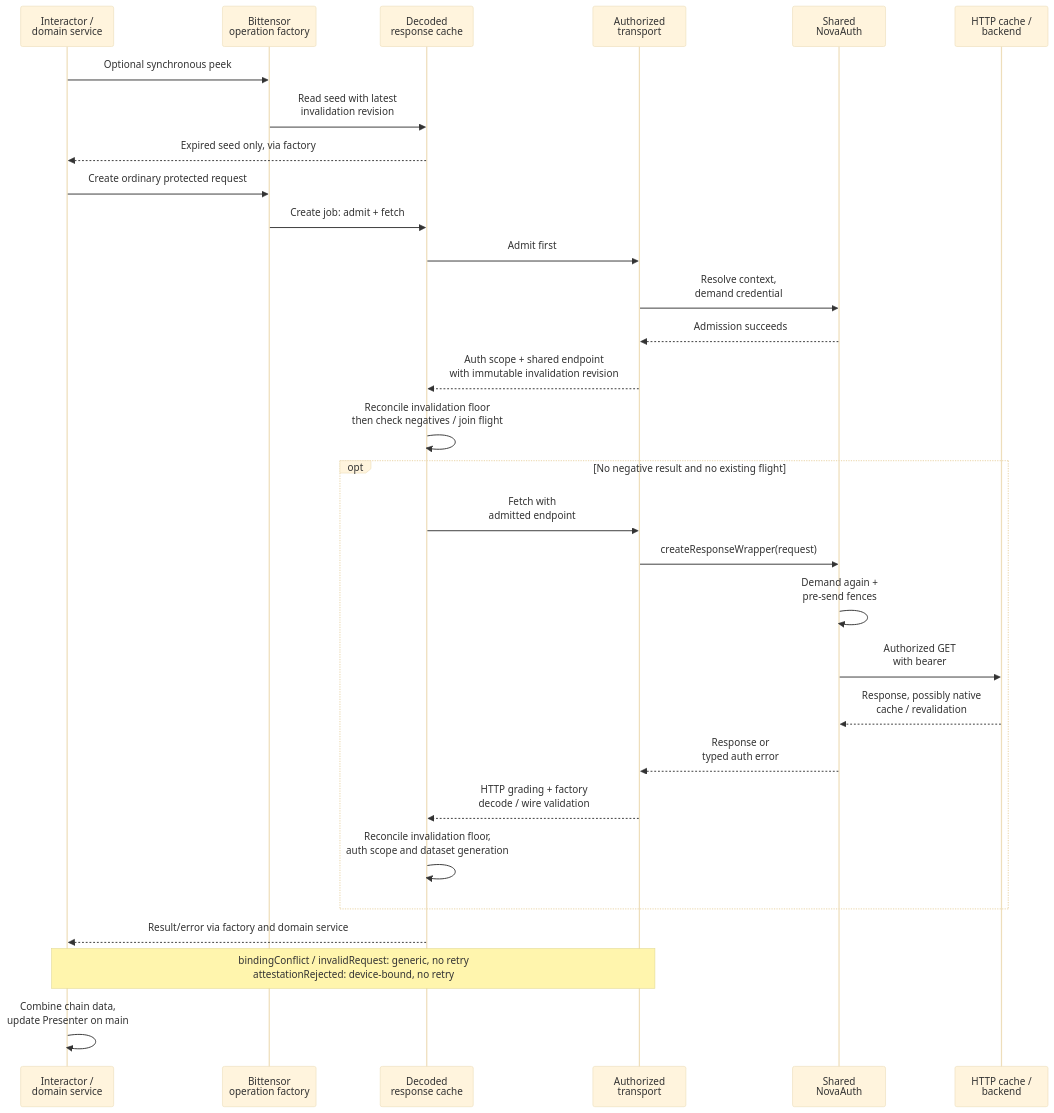
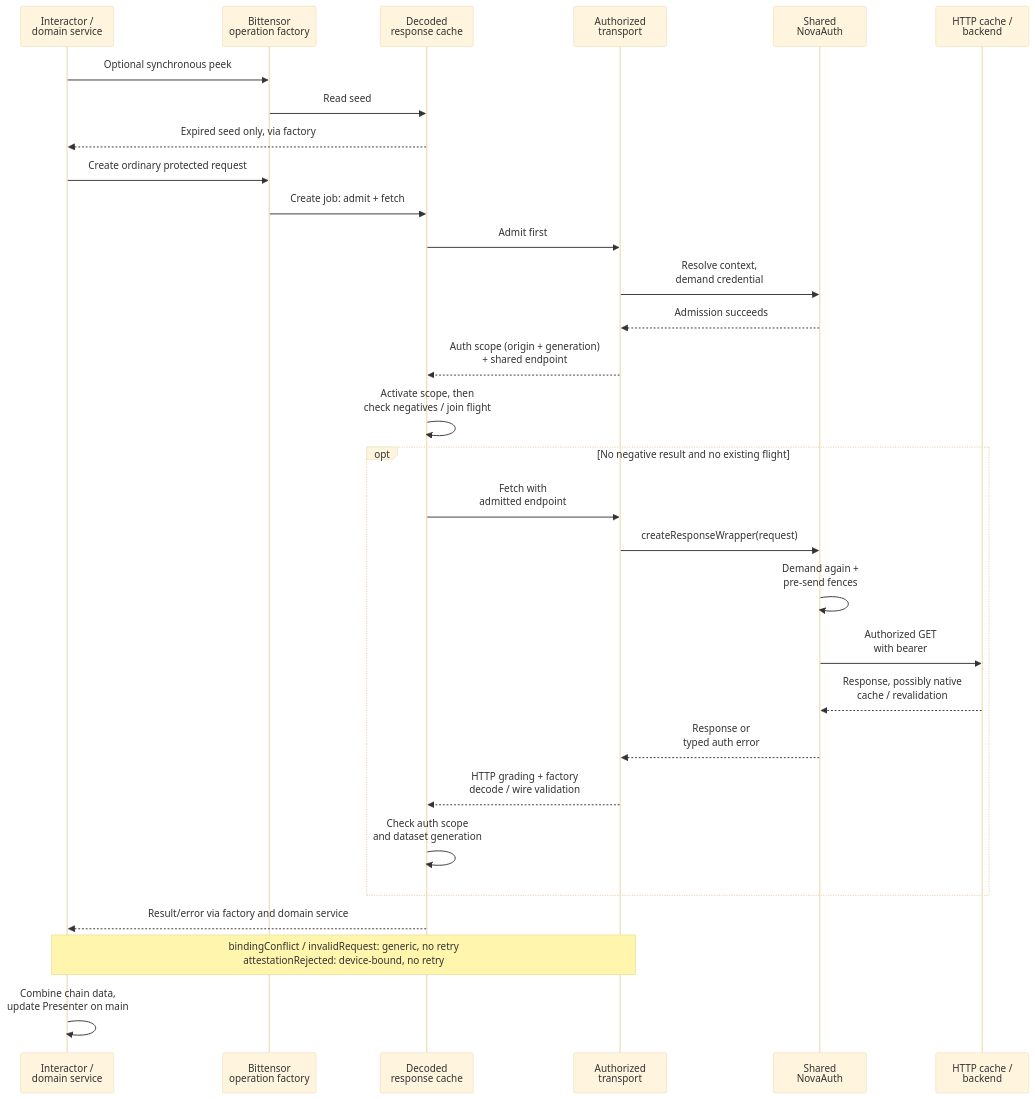
One commit to novasamatech/nova-wallet-ios changed the eighth of 9 diagrams in .claude/docs/architecture/novaauth-client-diagrams.md. Above: the diagram before and after it, drawn with Mermaid (base theme). The commit also changed other lines of this file and 12 other files, not shown here.

Commit message:
memoise one nova auth endpoint and key the bittensor cache by origin and generation

````diff
--- a/.claude/docs/architecture/novaauth-client-diagrams.md
+++ b/.claude/docs/architecture/novaauth-client-diagrams.md
@@ -294,32 +293,32 @@
 ```mermaid
 sequenceDiagram
   participant UI as Interactor /<br/>domain service
   participant F as Bittensor<br/>operation factory
   participant C as Decoded<br/>response cache
   participant T as Authorized<br/>transport
   participant N as Shared<br/>NovaAuth
   participant H as HTTP cache /<br/>backend
   UI->>F: Optional synchronous peek
-  F->>C: Read seed with latest<br/>invalidation revision
+  F->>C: Read seed
   C-->>UI: Expired seed only, via factory
   UI->>F: Create ordinary protected request
   F->>C: Create job: admit + fetch
   C->>T: Admit first
   T->>N: Resolve context,<br/>demand credential
   N-->>T: Admission succeeds
-  T-->>C: Auth scope + shared endpoint<br/>with immutable invalidation revision
-  C->>C: Reconcile invalidation floor<br/>then check negatives / join flight
+  T-->>C: Auth scope (origin + generation)<br/>+ shared endpoint
+  C->>C: Activate scope, then<br/>check negatives / join flight
   opt No negative result and no existing flight
     C->>T: Fetch with<br/>admitted endpoint
     T->>N: createResponseWrapper(request)
     N->>N: Demand again +<br/>pre-send fences
     N->>H: Authorized GET<br/>with bearer
     H-->>N: Response, possibly native<br/>cache / revalidation
     N-->>T: Response or<br/>typed auth error
     T-->>C: HTTP grading + factory<br/>decode / wire validation
-    C->>C: Reconcile invalidation floor,<br/>auth scope and dataset generation
+    C->>C: Check auth scope<br/>and dataset generation
   end
   C-->>UI: Result/error via factory and domain service
   Note over T,UI: bindingConflict / invalidRequest: generic, no retry<br/>attestationRejected: device-bound, no retry
   UI->>UI: Combine chain data,<br/>update Presenter on main
 ```
````
